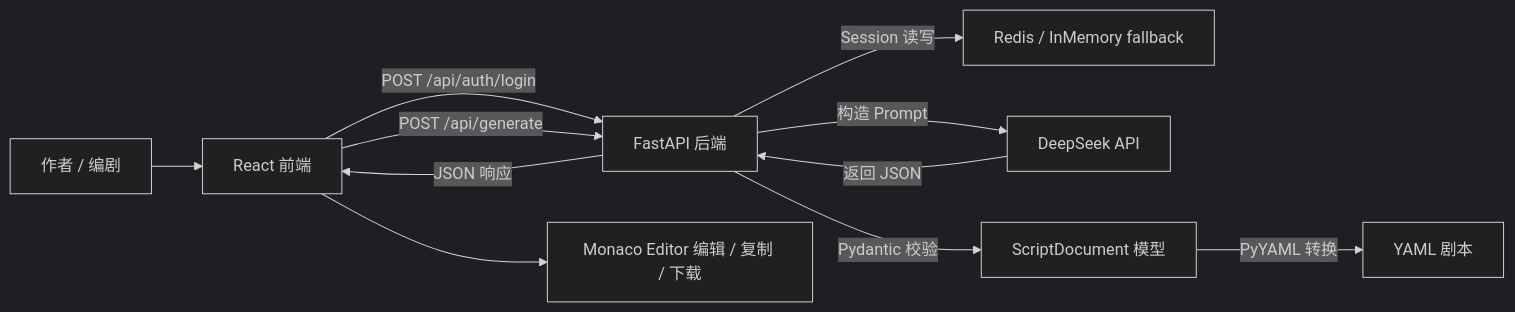
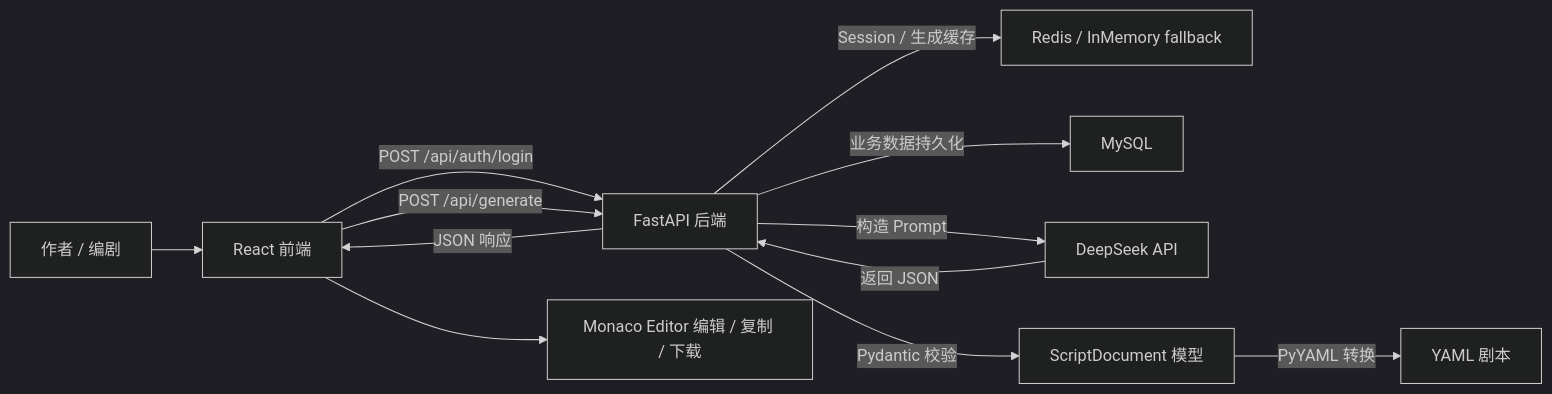
The first of 4 diagrams in docs/system-architecture.md (yc20041001/novel-to-script), drawn with Mermaid (dark theme) before and after one commit. The commit also changed other lines of this file and 7 other files, not shown here.

````diff
--- a/docs/system-architecture.md
+++ b/docs/system-architecture.md
@@ -18,13 +19,14 @@
 ```mermaid
 flowchart LR
   User["作者 / 编剧"] --> Frontend["React 前端"]
   Frontend -->|POST /api/auth/login| Backend["FastAPI 后端"]
-  Backend -->|Session 读写| Redis["Redis / InMemory fallback"]
+  Backend -->|Session / 生成缓存| Redis["Redis / InMemory fallback"]
+  Backend -->|业务数据持久化| MySQL["MySQL"]
   Frontend -->|POST /api/generate| Backend["FastAPI 后端"]
   Backend -->|构造 Prompt| DeepSeek["DeepSeek API"]
   DeepSeek -->|返回 JSON| Backend
   Backend -->|Pydantic 校验| Schema["ScriptDocument 模型"]
   Schema -->|PyYAML 转换| YAML["YAML 剧本"]
   Backend -->|JSON 响应| Frontend
   Frontend --> Editor["Monaco Editor 编辑 / 复制 / 下载"]
 ```
````
